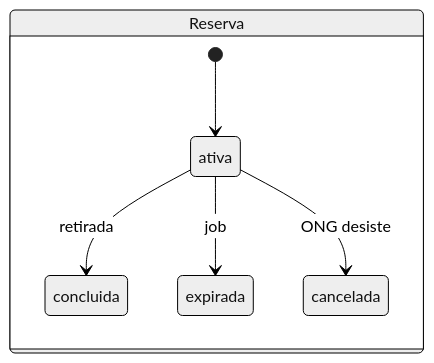
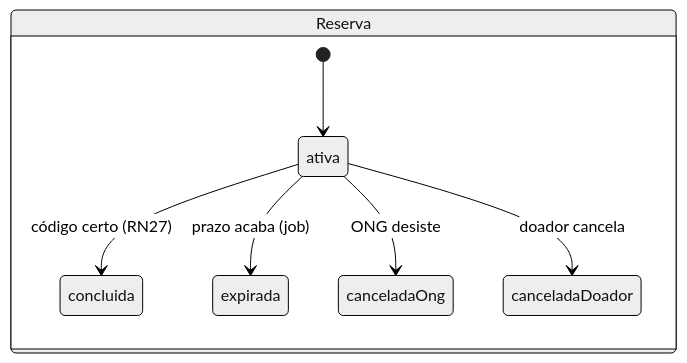
The third of 3 diagrams in docs/07-banco-de-dados.md (PedroCarmo01/doacao-alimentos), drawn with Mermaid (neutral theme) before and after one commit. The commit also changed other lines of this file and 115 other files, not shown here.

````diff
--- a/docs/07-banco-de-dados.md
+++ b/docs/07-banco-de-dados.md
@@ -136,10 +154,11 @@
 ```mermaid
 stateDiagram-v2
     direction LR
     state "Reserva" as R {
       [*] --> ativa
-      ativa --> concluida: retirada
-      ativa --> expirada: job
-      ativa --> cancelada: ONG desiste
+      ativa --> concluida: código certo (RN27)
+      ativa --> expirada: prazo acaba (job)
+      ativa --> canceladaOng: ONG desiste
+      ativa --> canceladaDoador: doador cancela
     }
 ```
````
